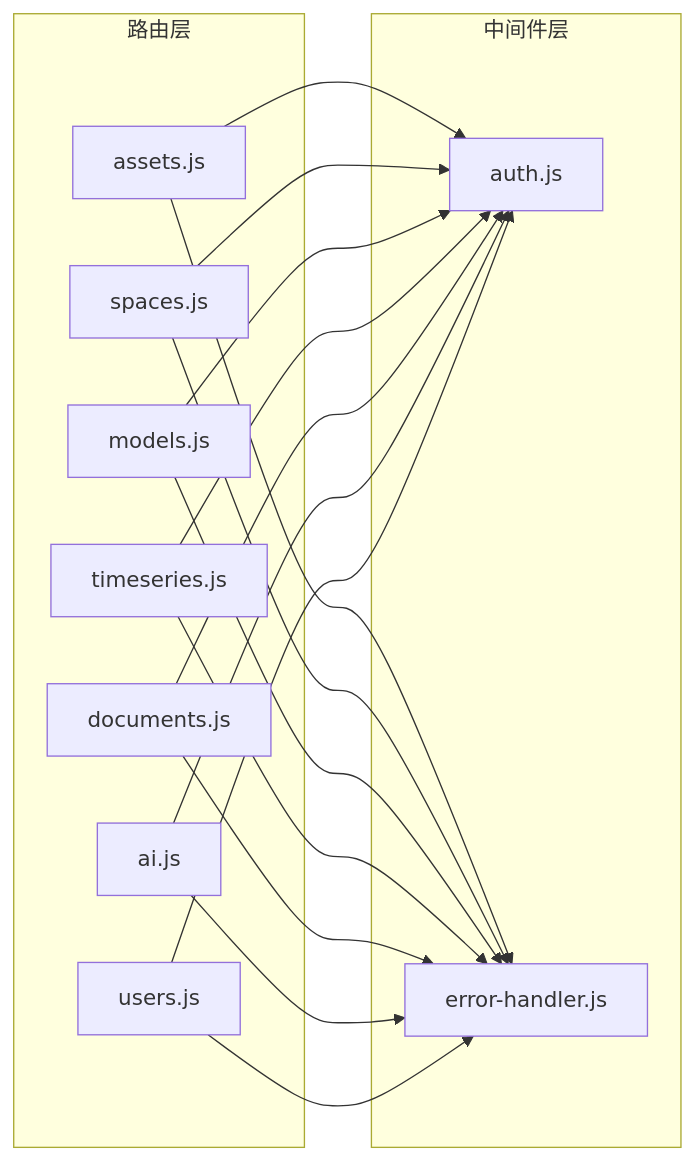
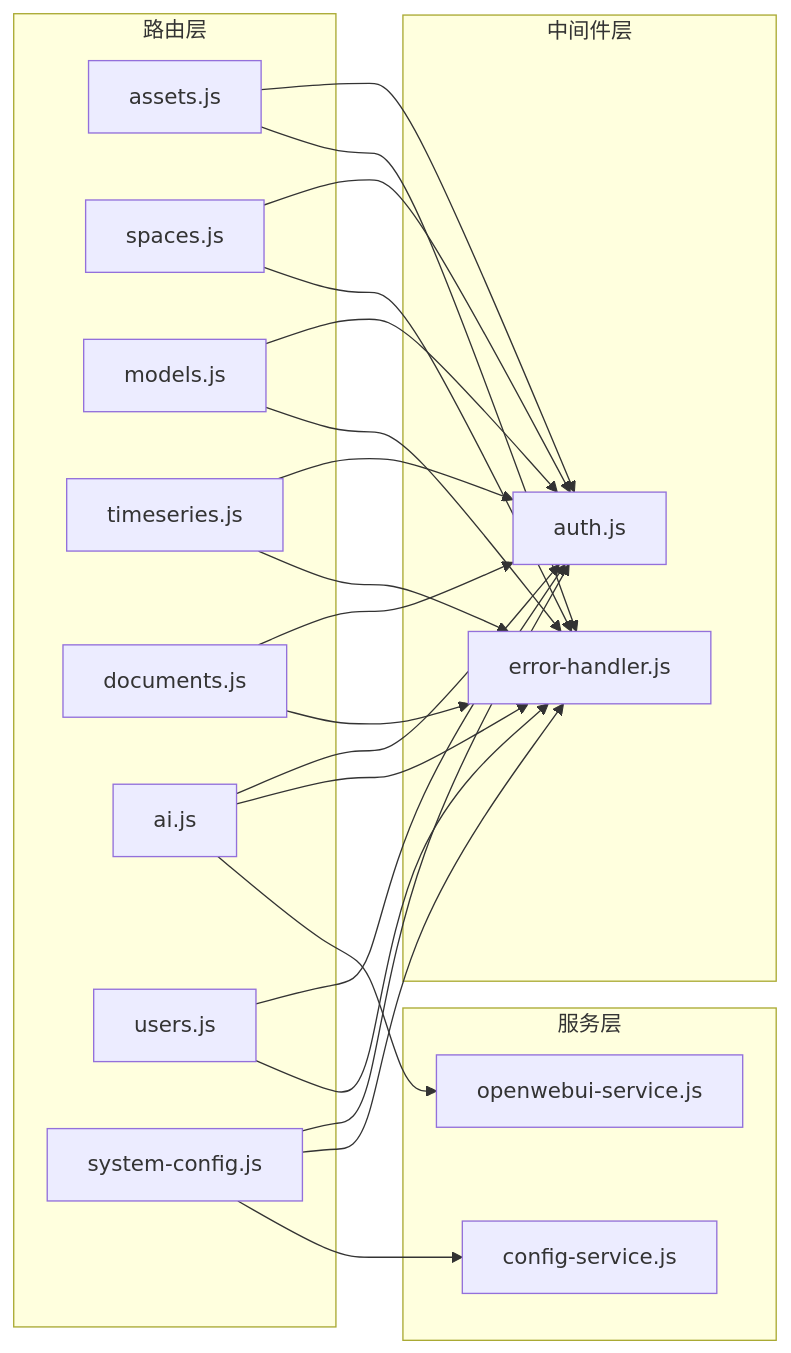
One commit to ideeinfo/TwinSight changed the third of 3 diagrams in .qoder/repowiki/zh/content/后端架构/API路由设计/API路由设计.md. Above: the diagram before and after it, drawn with Mermaid. The commit also changed other lines of this file and 5 other files, not shown here.

````diff
--- a/.qoder/repowiki/zh/content/后端架构/API路由设计/API路由设计.md
+++ b/.qoder/repowiki/zh/content/后端架构/API路由设计/API路由设计.md
@@ -276,30 +302,39 @@
 ```mermaid
 graph LR
 subgraph "路由层"
 R1["assets.js"]
 R2["spaces.js"]
 R3["models.js"]
 R4["timeseries.js"]
 R5["documents.js"]
 R6["ai.js"]
 R7["users.js"]
+R8["system-config.js"]
 end
 subgraph "中间件层"
 M1["auth.js"]
 M2["error-handler.js"]
+end
+subgraph "服务层"
+S1["config-service.js"]
+S2["openwebui-service.js"]
 end
 R1 --> M1
 R2 --> M1
 R3 --> M1
 R4 --> M1
 R5 --> M1
 R6 --> M1
 R7 --> M1
+R8 --> M1
 R1 --> M2
 R2 --> M2
 R3 --> M2
 R4 --> M2
 R5 --> M2
 R6 --> M2
 R7 --> M2
+R8 --> M2
+R8 --> S1
+R6 --> S2
 ```
````
